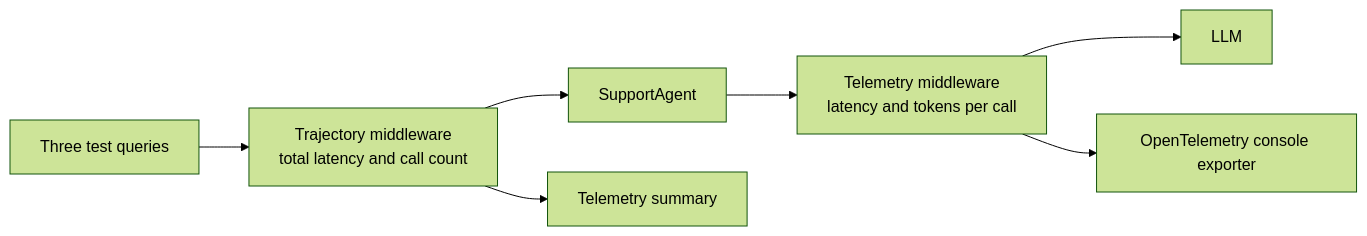
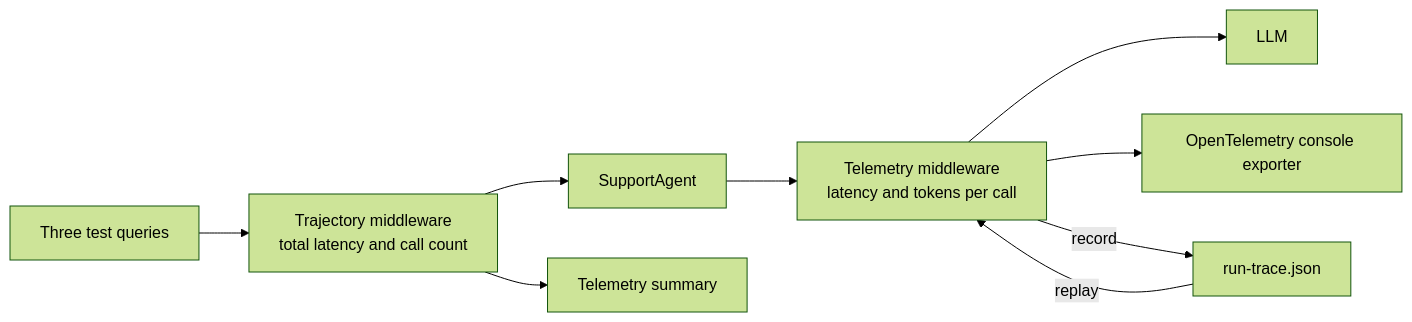
One commit to arst/agentic-patterns changed the diagram in PatternExplorer/patterns/EvaluationAndMonitoring.md. Above: the diagram before and after it, drawn with Mermaid (forest theme). The commit also changed other lines of this file and 17 other files, not shown here.

````diff
--- a/PatternExplorer/patterns/EvaluationAndMonitoring.md
+++ b/PatternExplorer/patterns/EvaluationAndMonitoring.md
@@ -39,9 +42,11 @@
 ```mermaid
 flowchart LR
     Q[Three test queries] --> T[Trajectory middleware<br/>total latency and call count]
     T --> A[SupportAgent]
     A --> C[Telemetry middleware<br/>latency and tokens per call]
     C --> L[LLM]
     C --> O[OpenTelemetry console exporter]
     T --> S[Telemetry summary]
+    C -->|record| F[run-trace.json]
+    F -->|replay| C
 ```
````
